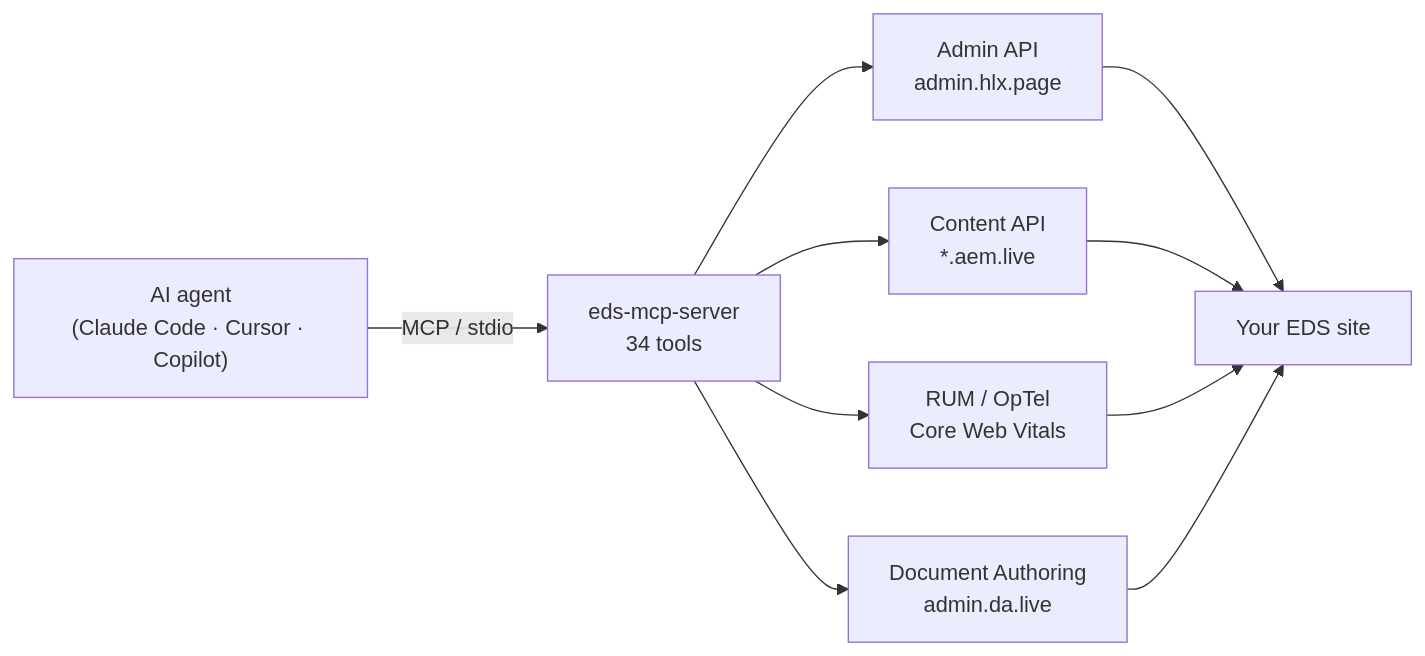
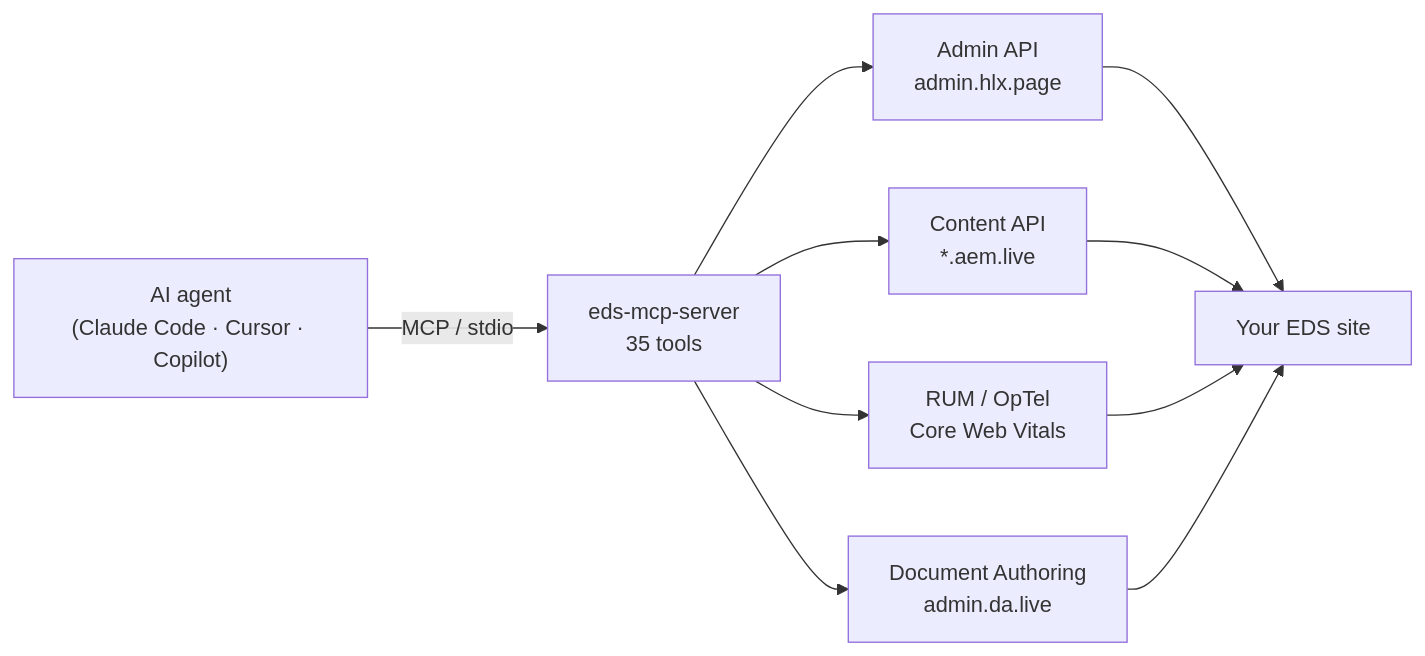
The first of 2 diagrams in README.md (Focus-GTS/eds-mcp-server), drawn with Mermaid before and after one commit. The commit also changed other lines of this file and 6 other files, not shown here.

````diff
--- a/README.md
+++ b/README.md
@@ -41,12 +41,12 @@
 ```mermaid
 flowchart LR
-  A["AI agent<br/>(Claude Code · Cursor · Copilot)"] -- MCP / stdio --> B["eds-mcp-server<br/>34 tools"]
+  A["AI agent<br/>(Claude Code · Cursor · Copilot)"] -- MCP / stdio --> B["eds-mcp-server<br/>35 tools"]
   B --> C["Admin API<br/>admin.hlx.page"]
   B --> D["Content API<br/>*.aem.live"]
   B --> E["RUM / OpTel<br/>Core Web Vitals"]
   B --> G["Document Authoring<br/>admin.da.live"]
   C --> F["Your EDS site"]
   D --> F
   E --> F
   G --> F
 ```
````
